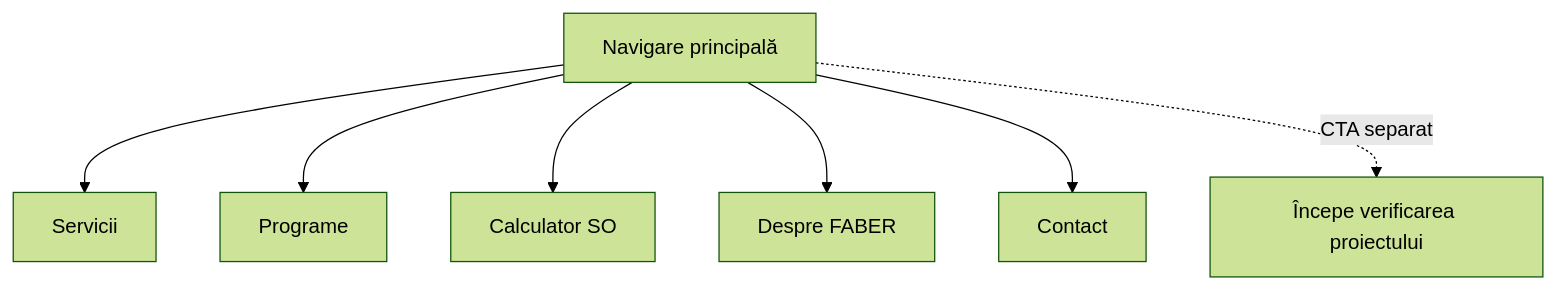
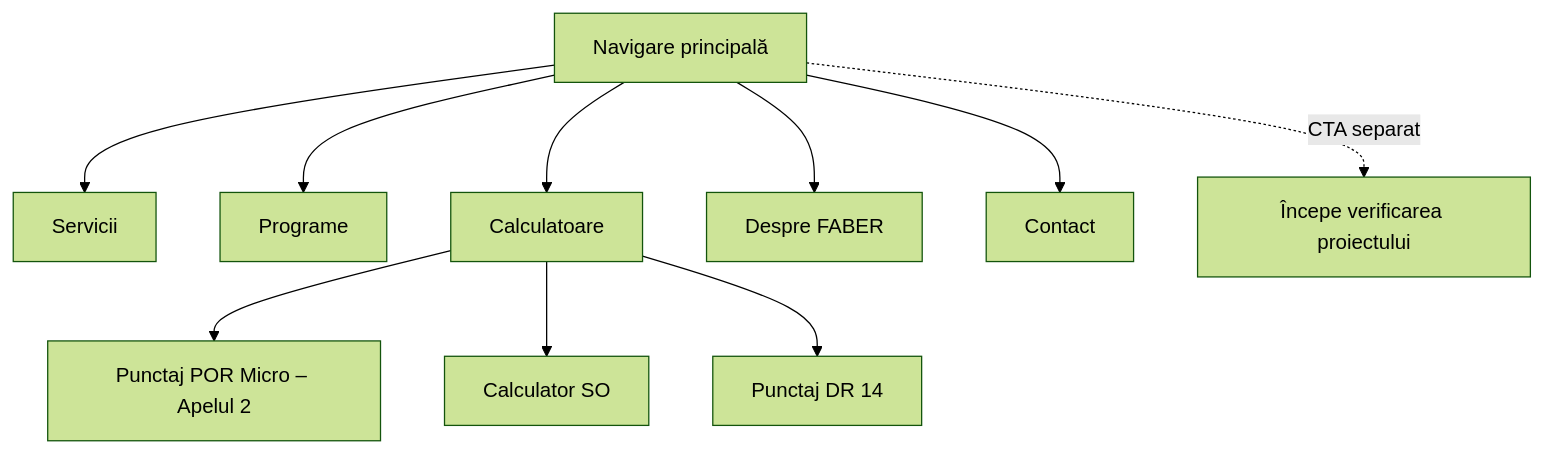
The diagram in reports/main-navigation-sitemap-2026-07-21.md (florincaciur/atelierdeconsultanta), drawn with Mermaid (forest theme) before and after one commit. The commit also changed other lines of this file and 224 other files, not shown here.

````diff
--- a/reports/main-navigation-sitemap-2026-07-21.md
+++ b/reports/main-navigation-sitemap-2026-07-21.md
@@ -26,9 +28,12 @@
 ```mermaid
 graph TD
   NAV["Navigare principală"] --> S["Servicii"]
   NAV --> P["Programe"]
-  NAV --> SO["Calculator SO"]
+  NAV --> CALC["Calculatoare"]
+  CALC --> MICRO["Punctaj POR Micro – Apelul 2"]
+  CALC --> SO["Calculator SO"]
+  CALC --> DR14["Punctaj DR 14"]
   NAV --> D["Despre FABER"]
   NAV --> C["Contact"]
   NAV -. CTA separat .-> V["Începe verificarea proiectului"]
 ```
````
